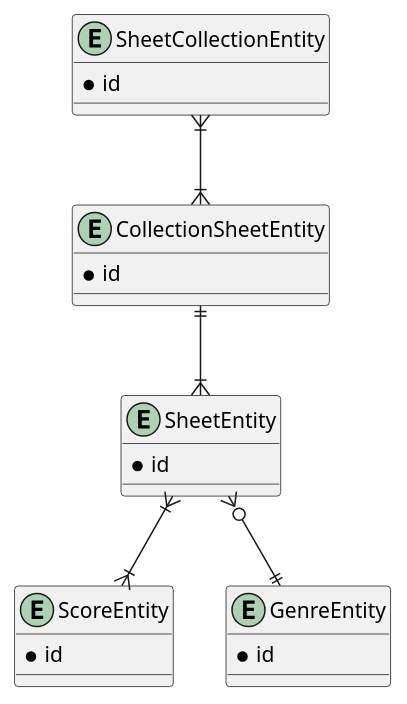
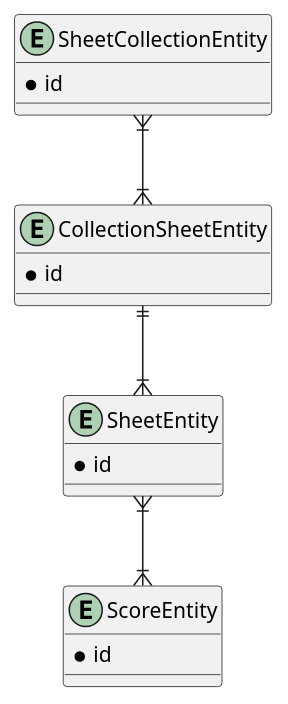
One commit to fhm84/sam changed the diagram in src/site/resources/datamodel.puml. Above: the diagram before and after it, drawn with PlantUML. The commit also changed 29 other files, not shown here.

Commit message:
replaced Genre(Entity) by genre (enum) and style (enum) introduced tags clean-up db-migrations

```diff
--- a/src/site/resources/datamodel.puml
+++ b/src/site/resources/datamodel.puml
@@ -1,26 +1,21 @@
 @startuml
 entity SheetEntity {
     * id
 }
 
 entity ScoreEntity {
-    * id
-}
-
-entity GenreEntity {
     * id
 }
 
 entity SheetCollectionEntity {
     * id
 }
 
 entity CollectionSheetEntity {
     * id
 }
 
-SheetEntity }o--|| GenreEntity
 SheetEntity }|--|{ ScoreEntity
 CollectionSheetEntity ||--|{ SheetEntity
 SheetCollectionEntity }|--|{ CollectionSheetEntity
 @enduml
```
